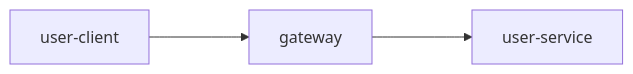
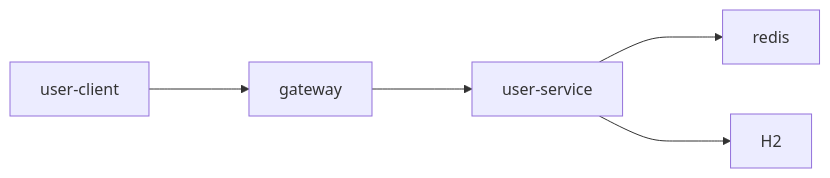
Before and after one commit to FrankChen021/bithon-demo: the diagram in README.md, drawn with Mermaid. The commit also changed other lines of this file and 29 other files, not shown here.

````diff
--- a/README.md
+++ b/README.md
@@ -7,4 +7,6 @@
 ```mermaid
 flowchart LR
     user-client ---> gateway ---> user-service
+    user-service ---> redis
+    user-service ---> H2
 ```
````
